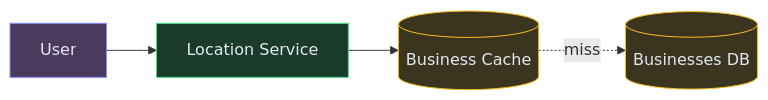
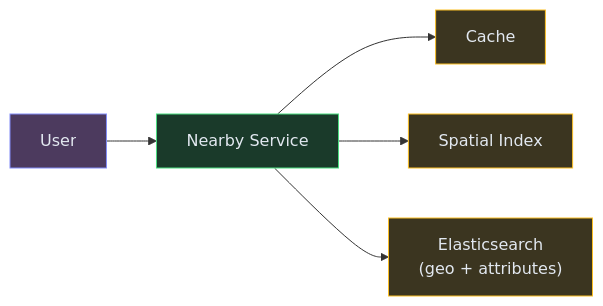
The fourth of 6 diagrams in content/hld/NearbyService.md (iluzn/HLD-Designs), drawn with Mermaid before and after one commit. The commit also changed other lines of this file and 26 other files, not shown here.

````diff
--- a/content/hld/NearbyService.md
+++ b/content/hld/NearbyService.md
@@ -132,15 +230,17 @@
 ```mermaid
 flowchart LR
     USER["User"]:::client
-    API["Location Service"]:::service
-    CACHE[("Business Cache")]:::data
-    DB[("Businesses DB")]:::data
+    NEARBY["Nearby Service"]:::service
+    GEODEX["Spatial Index"]:::data
+    SEARCH["Elasticsearch<br/>(geo + attributes)"]:::data
+    CACHE["Cache"]:::data
 
-    USER --> API
-    API --> CACHE
-    CACHE -.->|miss| DB
+    USER --> NEARBY
+    NEARBY --> CACHE
+    NEARBY --> GEODEX
+    NEARBY --> SEARCH
 
     classDef client fill:#4c3a5e,stroke:#818cf8,color:#e2e8f0
     classDef service fill:#1a3a2a,stroke:#4ade80,color:#e2e8f0
     classDef data fill:#3b3520,stroke:#fbbf24,color:#e2e8f0
 ```
````
